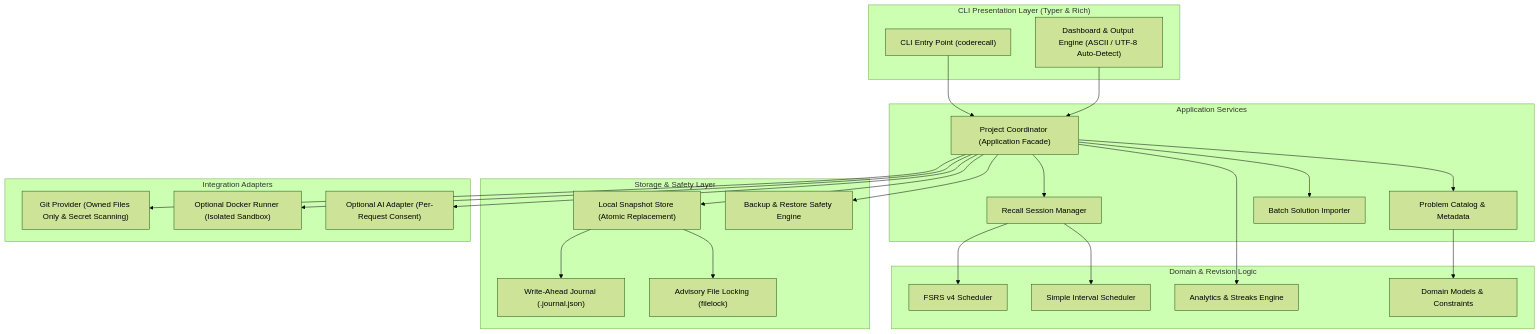
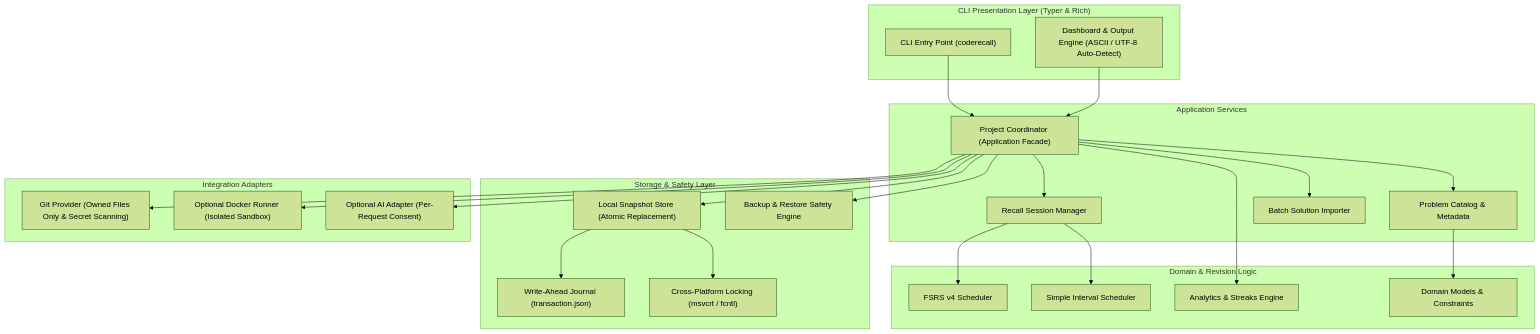
Before and after one commit to aaryx/CodeRecaller: the first of 2 diagrams in README.md, drawn with Mermaid (forest theme). The commit also changed other lines of this file and 8 other files, not shown here.

````diff
--- a/README.md
+++ b/README.md
@@ -15,51 +15,51 @@
 ```mermaid
 flowchart TD
     subgraph CLI["CLI Presentation Layer (Typer & Rich)"]
         CLI_Entry["CLI Entry Point (coderecall)"]
         CLI_Dash["Dashboard & Output Engine (ASCII / UTF-8 Auto-Detect)"]
     end
 
     subgraph App["Application Services"]
         ProjectSvc["Project Coordinator (Application Facade)"]
         CatalogSvc["Problem Catalog & Metadata"]
         RecallSvc["Recall Session Manager"]
         ImporterSvc["Batch Solution Importer"]
     end
 
     subgraph Domain["Domain & Revision Logic"]
         FSRS["FSRS v4 Scheduler"]
         SimpleSched["Simple Interval Scheduler"]
         Analytics["Analytics & Streaks Engine"]
         DomainModels["Domain Models & Constraints"]
     end
 
     subgraph Storage["Storage & Safety Layer"]
         LocalStore["Local Snapshot Store (Atomic Replacement)"]
-        Journal["Write-Ahead Journal (.journal.json)"]
-        Lock["Advisory File Locking (filelock)"]
+        Journal["Write-Ahead Journal (transaction.json)"]
+        Lock["Cross-Platform Locking (msvcrt / fcntl)"]
         BackupMgr["Backup & Restore Safety Engine"]
     end
 
     subgraph Integrations["Integration Adapters"]
         GitInteg["Git Provider (Owned Files Only & Secret Scanning)"]
         DockerInteg["Optional Docker Runner (Isolated Sandbox)"]
         AIInteg["Optional AI Adapter (Per-Request Consent)"]
     end
 
     CLI_Entry --> ProjectSvc
     CLI_Dash --> ProjectSvc
     ProjectSvc --> CatalogSvc
     ProjectSvc --> RecallSvc
     ProjectSvc --> ImporterSvc
     RecallSvc --> FSRS
     RecallSvc --> SimpleSched
     ProjectSvc --> Analytics
     CatalogSvc --> DomainModels
     ProjectSvc --> LocalStore
     LocalStore --> Journal
     LocalStore --> Lock
     ProjectSvc --> BackupMgr
     ProjectSvc --> GitInteg
     ProjectSvc --> DockerInteg
     ProjectSvc --> AIInteg
 ```
````
